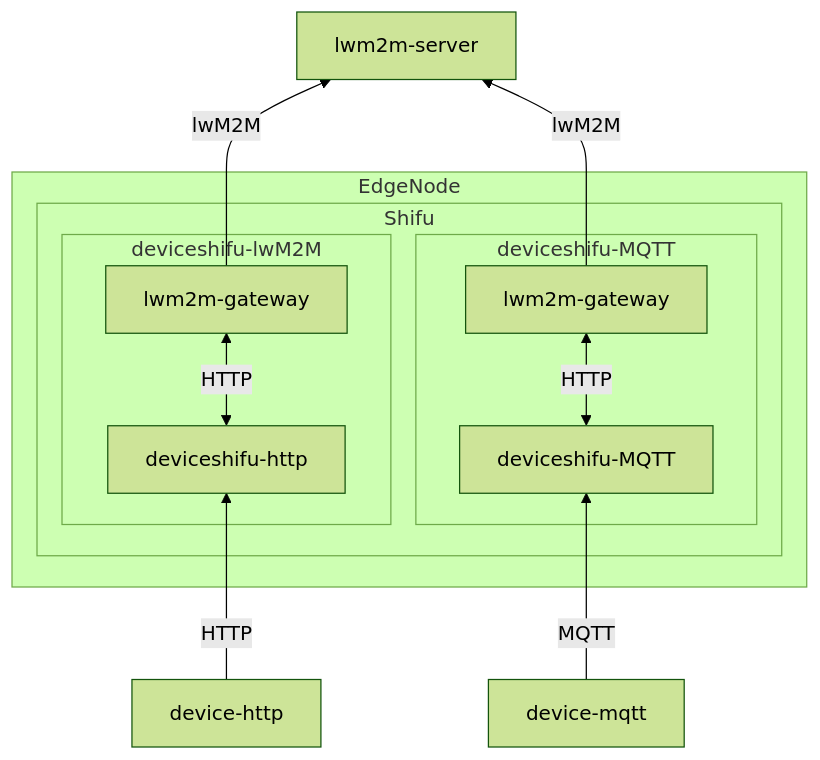
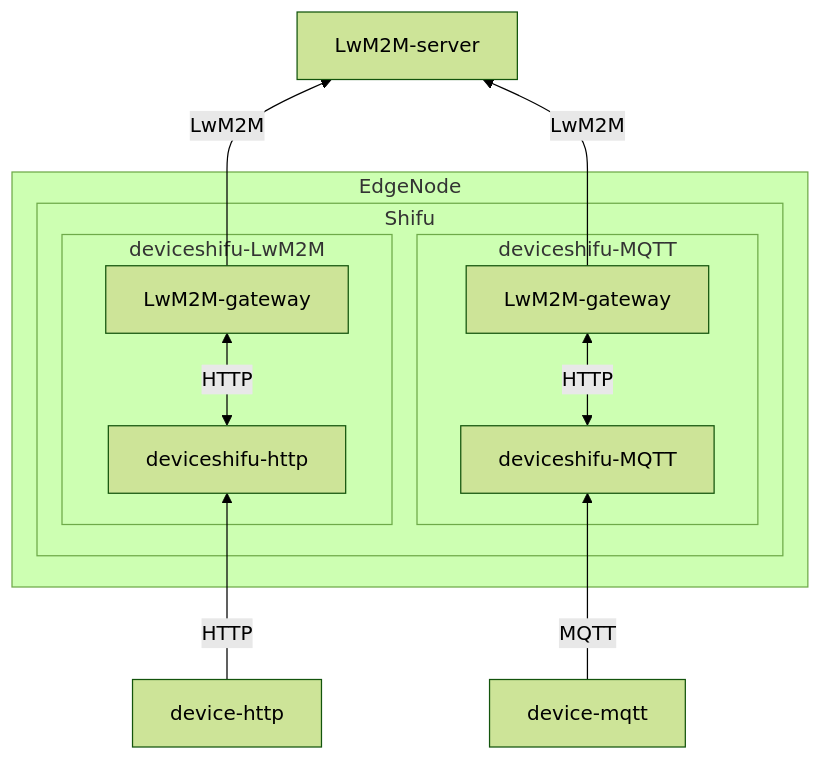
One commit to Edgenesis/shifu changed the first of 2 diagrams in docs/design/gateway/lwM2M-gateway.md. Above: the diagram before and after it, drawn with Mermaid (forest theme). The commit also changed other lines of this file, not shown here.

````diff
--- a/docs/design/gateway/lwM2M-gateway.md
+++ b/docs/design/gateway/lwM2M-gateway.md
@@ -35,31 +38,31 @@
 ```mermaid
 flowchart BT
 
-ls[lwm2m-server]
+ls[LwM2M-server]
 
 subgraph EdgeNode
     subgraph Shifu
-      subgraph ds1[deviceshifu-lwM2M]
+      subgraph ds1[deviceshifu-LwM2M]
           dsh[deviceshifu-http]
-          gl1[lwm2m-gateway]
+          gl1[LwM2M-gateway]
           dsh <-->|HTTP| gl1
       end
       subgraph ds2[deviceshifu-MQTT]
           dsm[deviceshifu-MQTT]
-          gl2[lwm2m-gateway]
+          gl2[LwM2M-gateway]
           dsm <-->|HTTP| gl2
       end
     end
 end
 
 
 dh[device-http]
 dm[device-mqtt]
 
 
 dh -->|HTTP| dsh
-gl1 -->|lwM2M| ls
+gl1 -->|LwM2M| ls
 
 dm -->|MQTT| dsm
-gl2 -->|lwM2M| ls 
+gl2 -->|LwM2M| ls 
 ```
````
